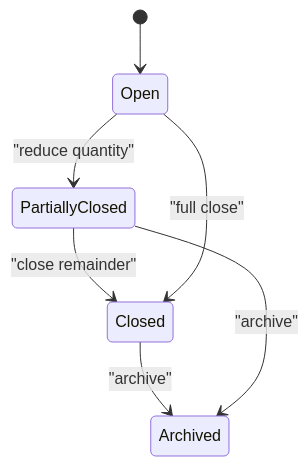
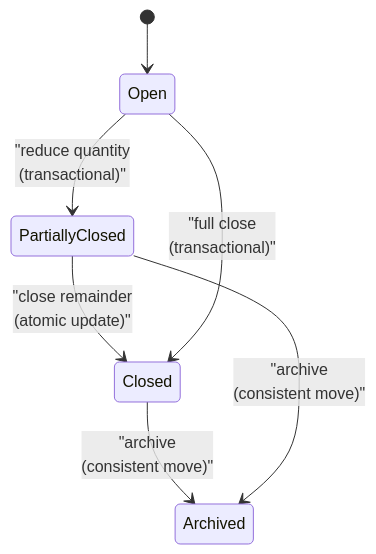
Before and after one commit to iliyas77/MTF-monitor: the ninth of 12 diagrams in .qoder/repowiki/en/content/Core Features/Positions Tracking/Positions Tracking.md, drawn with Mermaid. The commit also changed other lines of this file and 46 other files, not shown here.

````diff
--- a/.qoder/repowiki/en/content/Core Features/Positions Tracking/Positions Tracking.md
+++ b/.qoder/repowiki/en/content/Core Features/Positions Tracking/Positions Tracking.md
@@ -415,9 +484,9 @@
 ```mermaid
 stateDiagram-v2
 [*] --> Open
-Open --> PartiallyClosed : "reduce quantity"
-PartiallyClosed --> Closed : "close remainder"
-Open --> Closed : "full close"
-Closed --> Archived : "archive"
-PartiallyClosed --> Archived : "archive"
+Open --> PartiallyClosed : "reduce quantity<br/>(transactional)"
+PartiallyClosed --> Closed : "close remainder<br/>(atomic update)"
+Open --> Closed : "full close<br/>(transactional)"
+Closed --> Archived : "archive<br/>(consistent move)"
+PartiallyClosed --> Archived : "archive<br/>(consistent move)"
 ```
````
